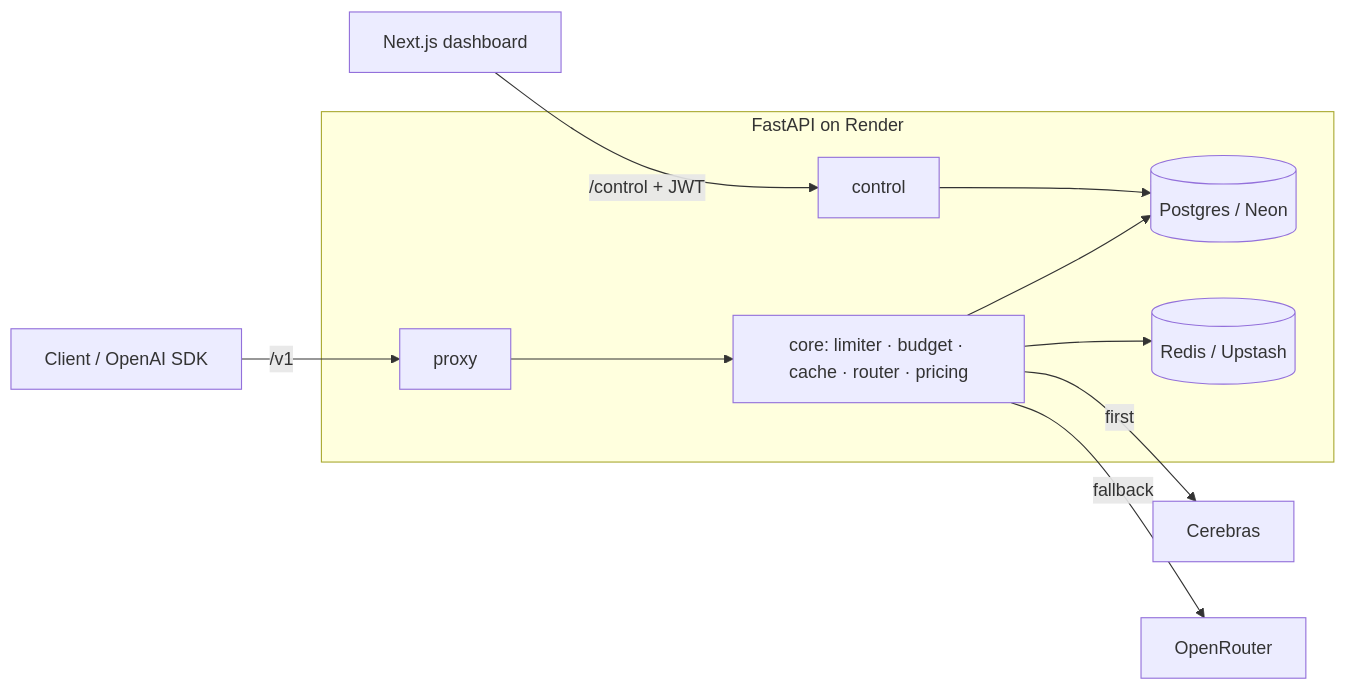
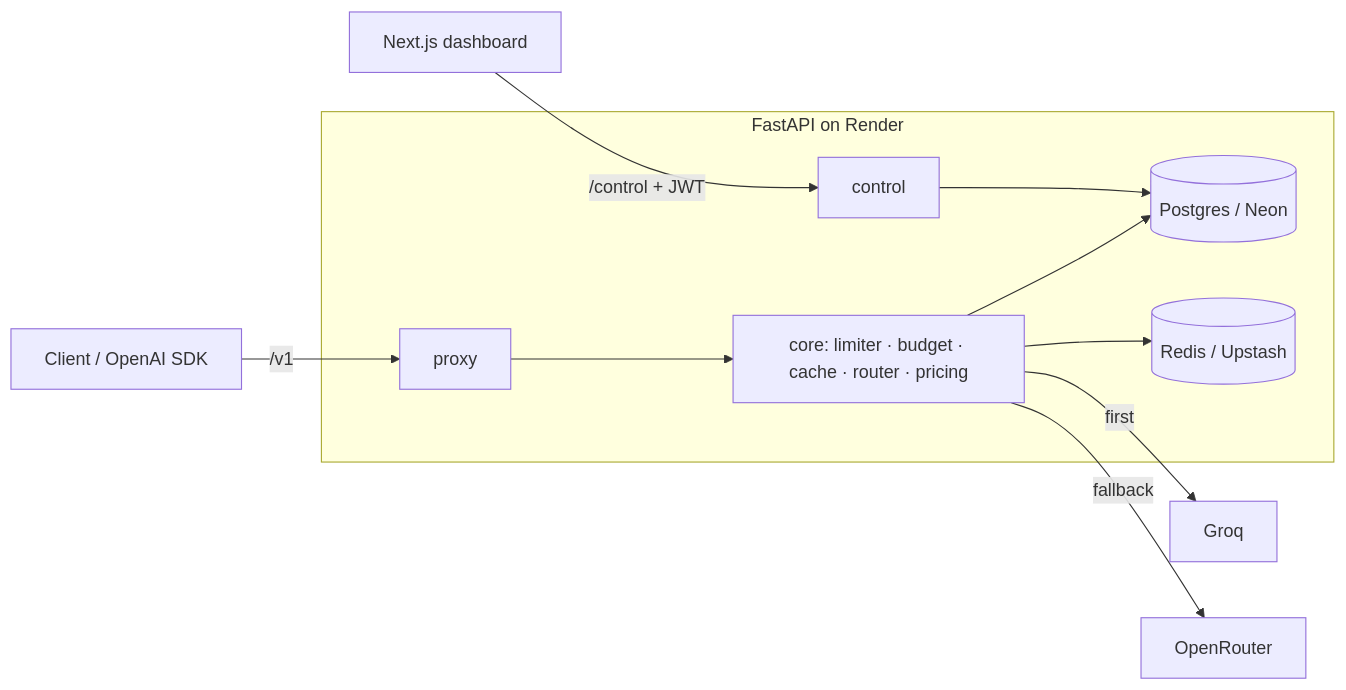
Before and after one commit to Kruthik481/llm-gateway: the diagram in README.md, drawn with Mermaid. The commit also changed other lines of this file and 27 other files, not shown here.

First line of the commit message:
feat: switch the primary provider from cerebras to groq

````diff
--- a/README.md
+++ b/README.md
@@ -28,13 +28,13 @@
 ```mermaid
 flowchart LR
   C[Client / OpenAI SDK] -->|/v1| P[proxy]
   D[Next.js dashboard] -->|/control + JWT| K[control]
   subgraph FastAPI on Render
     P --> CORE[core: limiter · budget · cache · router · pricing]
     K --> DB
     CORE --> R[(Redis / Upstash)]
     CORE --> DB[(Postgres / Neon)]
   end
-  CORE -->|first| CB[Cerebras]
+  CORE -->|first| CB[Groq]
   CORE -->|fallback| OR[OpenRouter]
 ```
````
